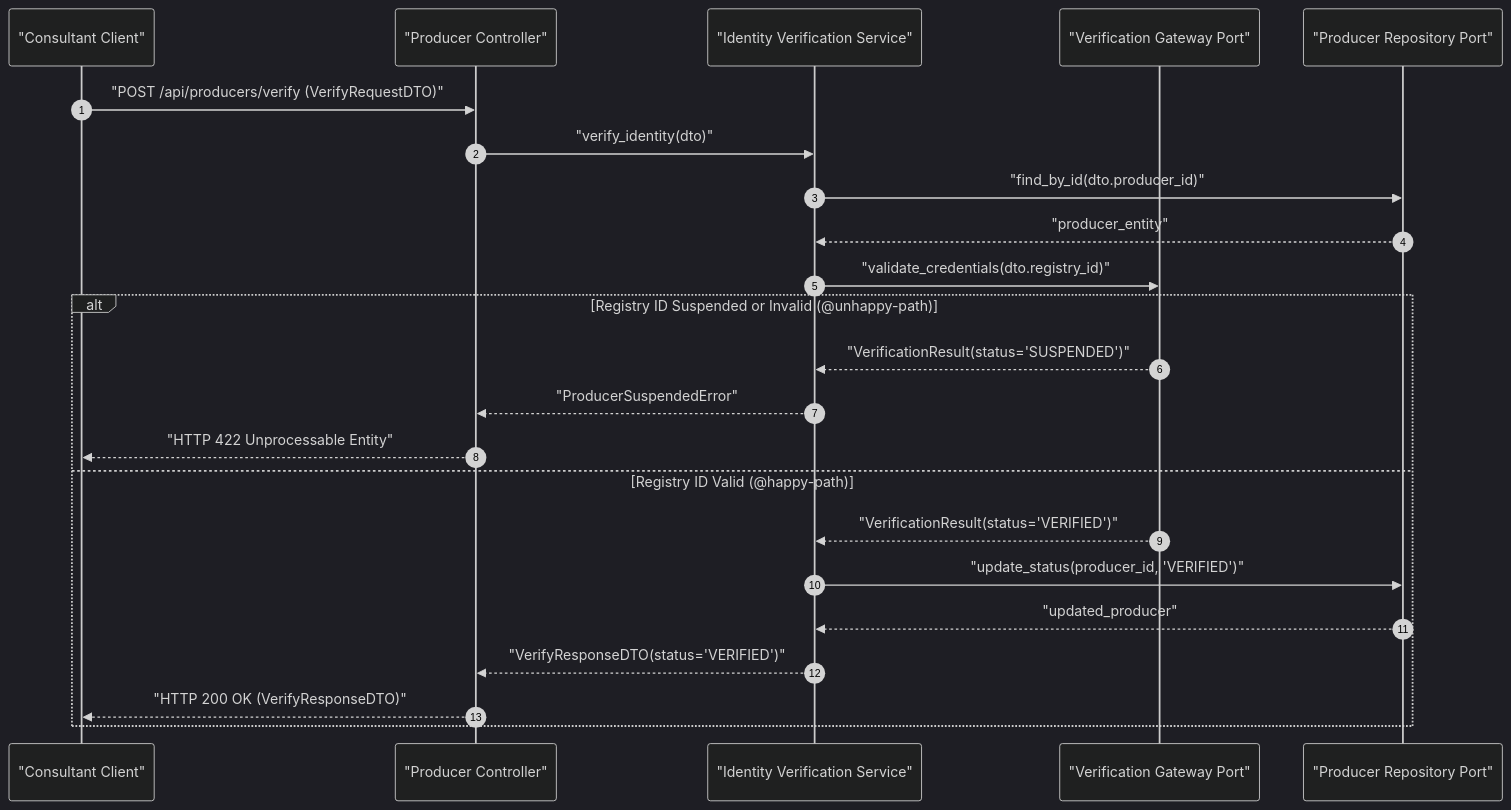
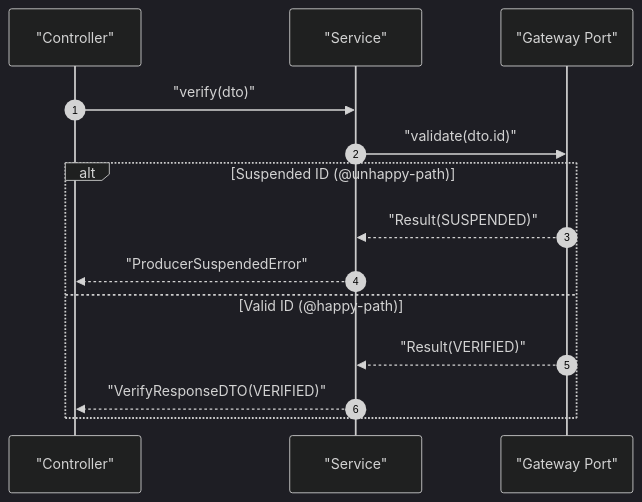
The diagram in skills/plan/examples/plan-example.md (MarcosVeniciu/antigravity-agentic-skills), drawn with Mermaid (dark theme) before and after one commit. The commit also changed other lines of this file and 61 other files, not shown here.

````diff
--- a/skills/plan/examples/plan-example.md
+++ b/skills/plan/examples/plan-example.md
@@ -72,26 +33,16 @@
 ```mermaid
 sequenceDiagram
     autonumber
-    participant Client as "Consultant Client"
-    participant Controller as "Producer Controller"
-    participant Service as "Identity Verification Service"
-    participant Gateway as "Verification Gateway Port"
-    participant Repo as "Producer Repository Port"
-
-    Client->>Controller: "POST /api/producers/verify (VerifyRequestDTO)"
-    Controller->>Service: "verify_identity(dto)"
-    Service->>Repo: "find_by_id(dto.producer_id)"
-    Repo-->>Service: "producer_entity"
-    Service->>Gateway: "validate_credentials(dto.registry_id)"
-    alt Registry ID Suspended or Invalid (@unhappy-path)
-        Gateway-->>Service: "VerificationResult(status='SUSPENDED')"
-        Service-->>Controller: "ProducerSuspendedError"
-        Controller-->>Client: "HTTP 422 Unprocessable Entity"
-    else Registry ID Valid (@happy-path)
-        Gateway-->>Service: "VerificationResult(status='VERIFIED')"
-        Service->>Repo: "update_status(producer_id, 'VERIFIED')"
-        Repo-->>Service: "updated_producer"
-        Service-->>Controller: "VerifyResponseDTO(status='VERIFIED')"
-        Controller-->>Client: "HTTP 200 OK (VerifyResponseDTO)"
+    participant C as "Controller"
+    participant S as "Service"
+    participant G as "Gateway Port"
+    C->>S: "verify(dto)"
+    S->>G: "validate(dto.id)"
+    alt Suspended ID (@unhappy-path)
+        G-->>S: "Result(SUSPENDED)"
+        S-->>C: "ProducerSuspendedError"
+    else Valid ID (@happy-path)
+        G-->>S: "Result(VERIFIED)"
+        S-->>C: "VerifyResponseDTO(VERIFIED)"
     end
 ```
````
